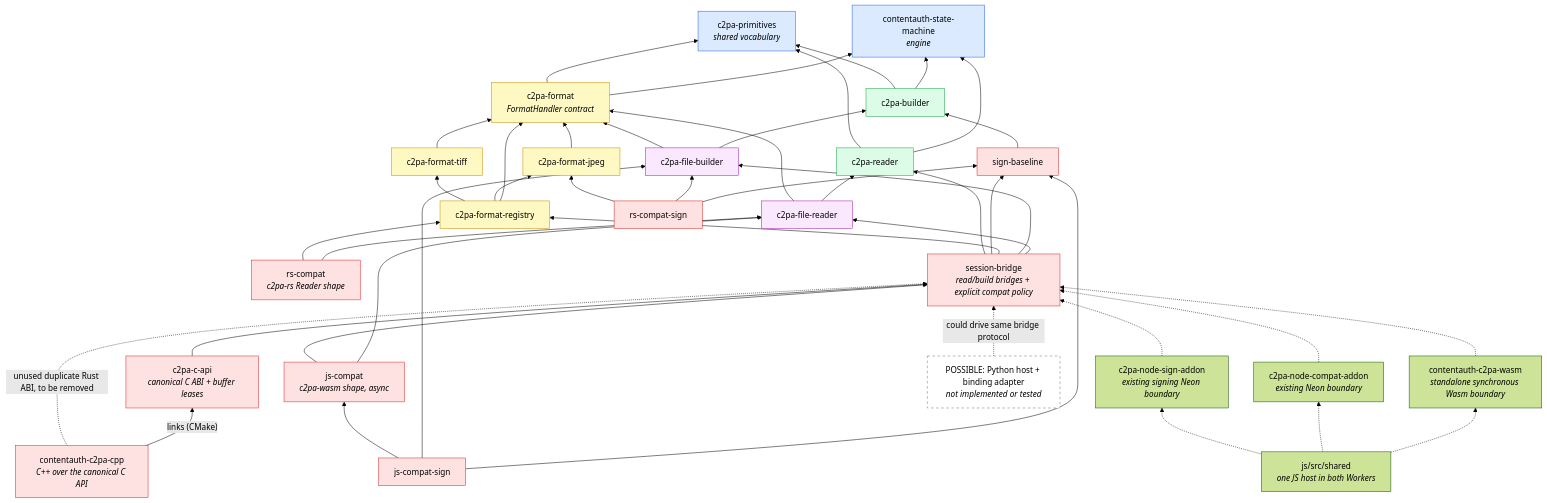
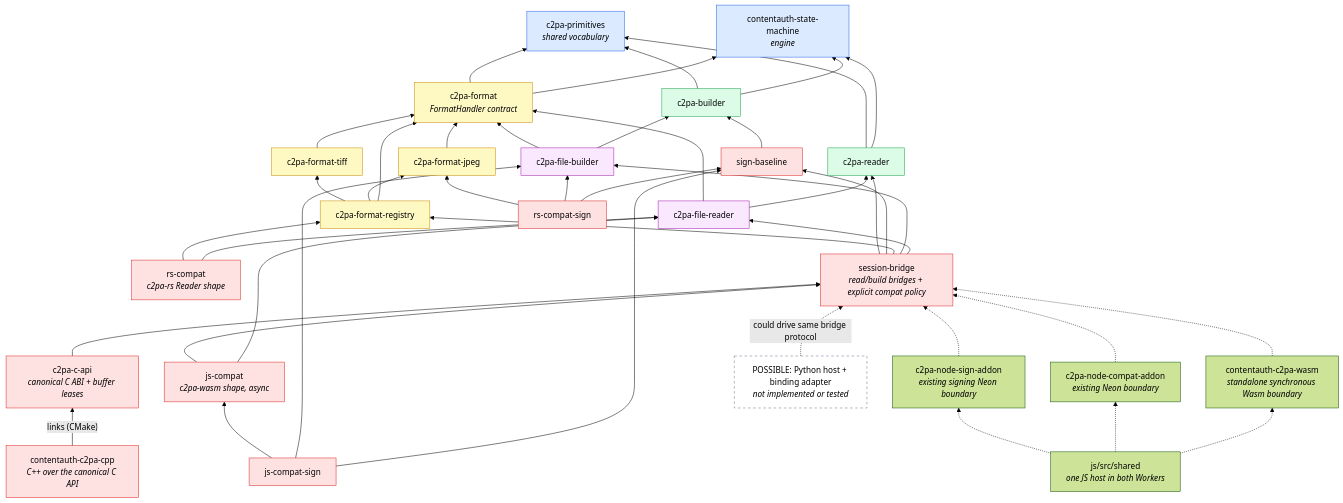
One commit to scouten/state-machine-experiment changed the first of 2 diagrams in docs/walkthrough/02-architecture.md. Above: the diagram before and after it, drawn with Mermaid (forest theme). The commit also changed other lines of this file and 42 other files, not shown here.

First line of the commit message:
Remove duplicate C++ Rust ABI and apply functional C++ layout

````diff
--- a/docs/walkthrough/02-architecture.md
+++ b/docs/walkthrough/02-architecture.md
@@ -14,67 +14,66 @@
 ```mermaid
 flowchart BT
     SM["contentauth-state-machine<br/><i>engine</i>"]
     PR["c2pa-primitives<br/><i>shared vocabulary</i>"]
 
     RD["c2pa-reader"]
     BD["c2pa-builder"]
     FM["c2pa-format<br/><i>FormatHandler contract</i>"]
 
     JP["c2pa-format-jpeg"]
     TF["c2pa-format-tiff"]
     RG["c2pa-format-registry"]
 
     FR["c2pa-file-reader"]
     FB["c2pa-file-builder"]
 
     RSC["rs-compat<br/><i>c2pa-rs Reader shape</i>"]
     JSC["js-compat<br/><i>c2pa-wasm shape, async</i>"]
     BR["session-bridge<br/><i>read/build bridges + explicit compat policy</i>"]
 
     SB["sign-baseline"]
     RSS["rs-compat-sign"]
     JSS["js-compat-sign"]
     HOST["js/src/shared<br/><i>one JS host in both Workers</i>"]
     PW["contentauth-c2pa-wasm<br/><i>standalone synchronous Wasm boundary</i>"]
     PN["c2pa-node-compat-addon<br/><i>existing Neon boundary</i>"]
     PNS["c2pa-node-sign-addon<br/><i>existing signing Neon boundary</i>"]
     CPP["contentauth-c2pa-cpp<br/><i>C++ over the canonical C API</i>"]
     PY["POSSIBLE: Python host + binding adapter<br/><i>not implemented or tested</i>"]
     CAPI["c2pa-c-api<br/><i>canonical C ABI + buffer leases</i>"]
 
     RD --> SM & PR
     BD --> SM & PR
     FM --> SM & PR
     JP --> FM
     TF --> FM
     RG --> FM & JP & TF
     FR --> RD & FM
     FB --> BD & FM
     RSC --> FR & RG
     JSC --> FR & BR
     BR --> FR & FB & RG & SB & RD
     SB --> BD
     RSS --> SB & FB & JP
     JSS --> SB & FB & JSC
     HOST -.-> PW & PN & PNS
     PW -.-> BR
     PN -.-> BR
     PNS -.-> BR
     CPP -->|"links (CMake)"| CAPI
-    CPP -.->|"unused duplicate Rust ABI, to be removed"| BR
     PY -.->|"could drive same bridge protocol"| BR
     CAPI --> BR
 
     classDef engine fill:#dbeafe,stroke:#2563eb,color:#000
     classDef core fill:#dcfce7,stroke:#16a34a,color:#000
     classDef fmt fill:#fef9c3,stroke:#ca8a04,color:#000
     classDef glue fill:#fae8ff,stroke:#a21caf,color:#000
     classDef bind fill:#fee2e2,stroke:#dc2626,color:#000
     classDef proposed fill:#fff,stroke:#64748b,stroke-dasharray:5 5,color:#000
     class SM,PR engine
     class RD,BD core
     class FM,JP,TF,RG fmt
     class FR,FB glue
     class RSC,JSC,BR,CPP,SB,RSS,JSS,CAPI bind
     class PY proposed
 ```
````
